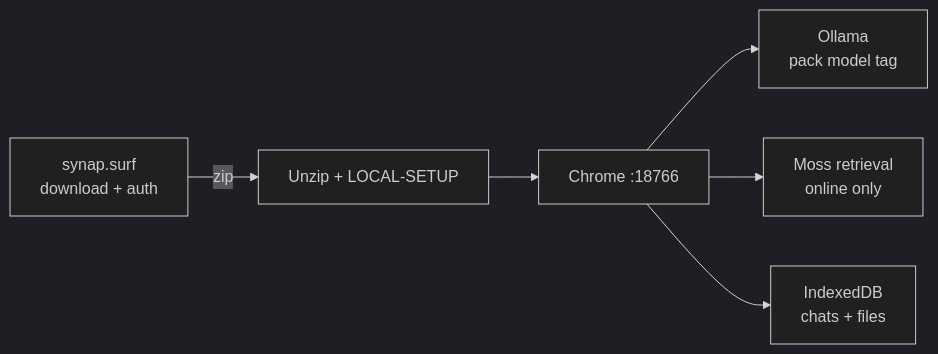
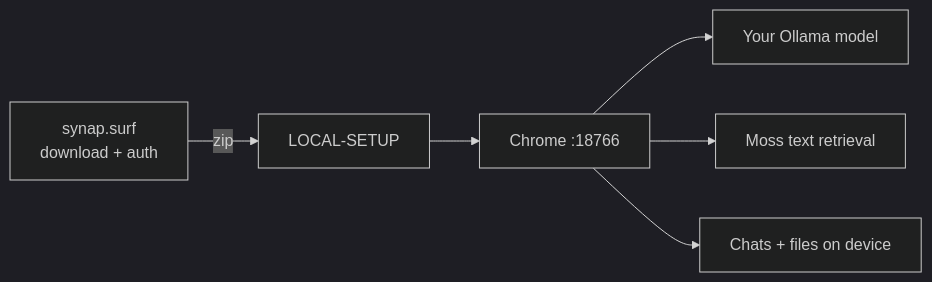
The first of 2 diagrams in README.md (kslji/synap.ai), drawn with Mermaid (dark theme) before and after one commit. The commit also changed other lines of this file, not shown here.

````diff
--- a/README.md
+++ b/README.md
@@ -11,8 +29,8 @@
 ```mermaid
 flowchart LR
-  Site["synap.surf<br/>download + auth"] -->|"zip"| Pack["Unzip + LOCAL-SETUP"]
+  Site["synap.surf<br/>download + auth"] -->|"zip"| Pack["LOCAL-SETUP"]
   Pack --> Chat["Chrome :18766"]
-  Chat --> Ollama["Ollama<br/>pack model tag"]
-  Chat --> Moss["Moss retrieval<br/>online only"]
-  Chat --> Disk["IndexedDB<br/>chats + files"]
+  Chat --> Ollama["Your Ollama model"]
+  Chat --> Moss["Moss text retrieval"]
+  Chat --> Disk["Chats + files on device"]
 ```
````
